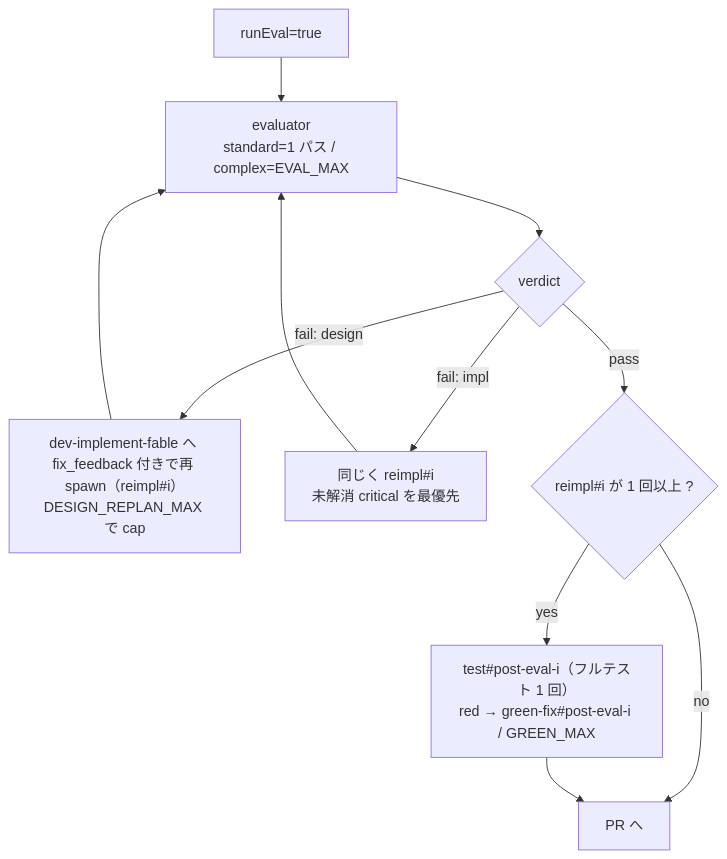
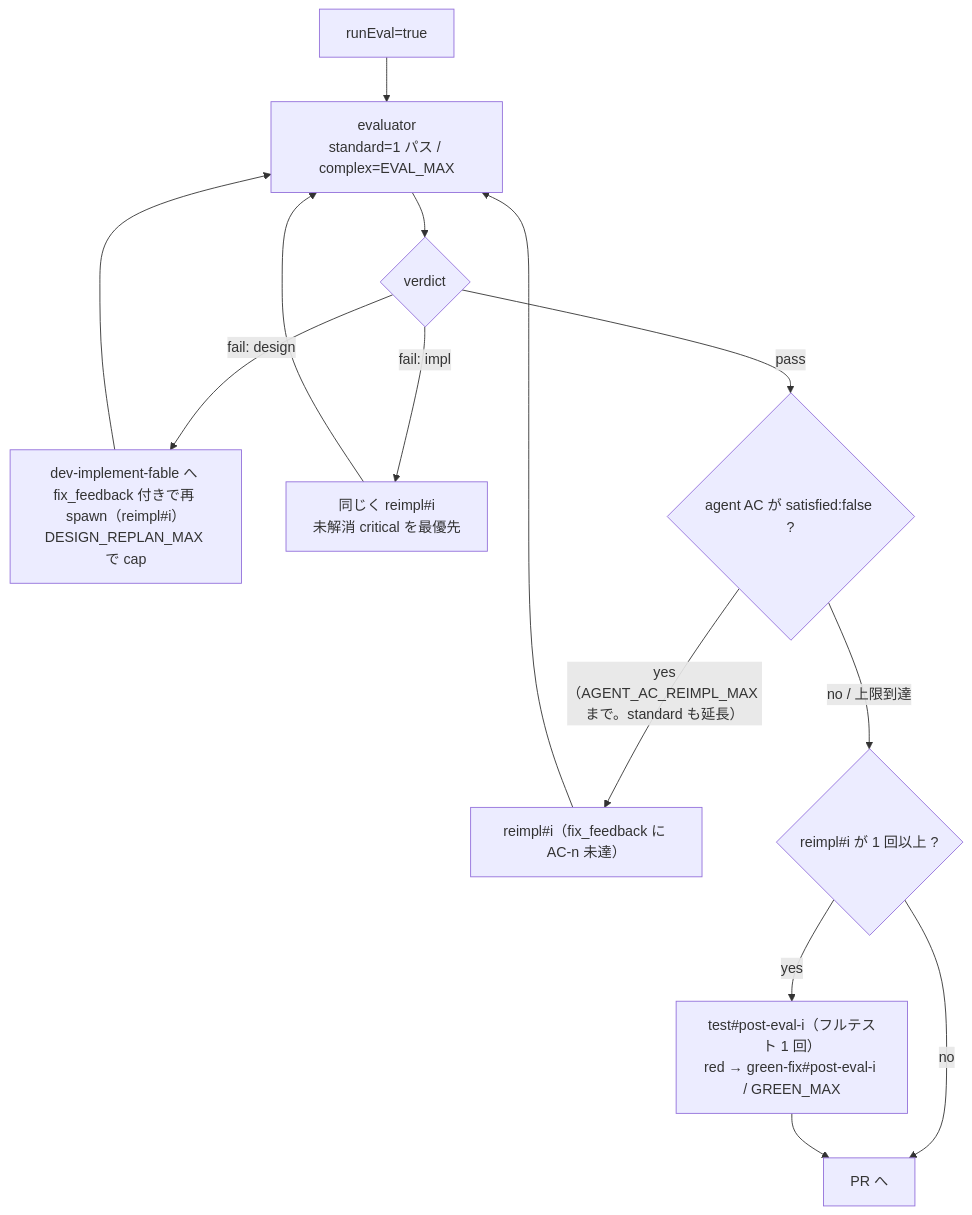
Before and after one commit to it-all-playpark/skills: the seventh of 13 diagrams in docs/dev-flow-atlas.md, drawn with Mermaid. The commit also changed other lines of this file and 14 other files, not shown here.

First line of the commit message:
fix: dev-flow: エージェントで達成できる AC が未達のまま lgtm まで進み、HOLD で人間に回る（差し戻しと PR 本文への経路が無い） (#747)

````diff
--- a/docs/dev-flow-atlas.md
+++ b/docs/dev-flow-atlas.md
@@ -184,13 +184,16 @@
 ```mermaid
 flowchart TD
     IN["runEval=true"] --> E1["evaluator<br/>standard=1 パス / complex=EVAL_MAX"]
     E1 --> E2{"verdict"}
     E2 -->|"fail: design"| E3["dev-implement-fable へ fix_feedback 付きで再 spawn（reimpl#i）<br/>DESIGN_REPLAN_MAX で cap"]
     E3 --> E1
     E2 -->|"fail: impl"| E4["同じく reimpl#i<br/>未解消 critical を最優先"]
     E4 --> E1
-    E2 -->|pass| P0{"reimpl#i が 1 回以上 ?"}
+    E2 -->|pass| A0{"agent AC が satisfied:false ?"}
+    A0 -->|"yes（AGENT_AC_REIMPL_MAX まで。standard も延長）"| E5["reimpl#i（fix_feedback に AC-n 未達）"]
+    E5 --> E1
+    A0 -->|"no / 上限到達"| P0{"reimpl#i が 1 回以上 ?"}
     P0 -->|no| OUT["PR へ"]
     P0 -->|yes| P1["test#post-eval-i（フルテスト 1 回）<br/>red → green-fix#post-eval-i / GREEN_MAX"]
     P1 --> OUT
 ```
````
